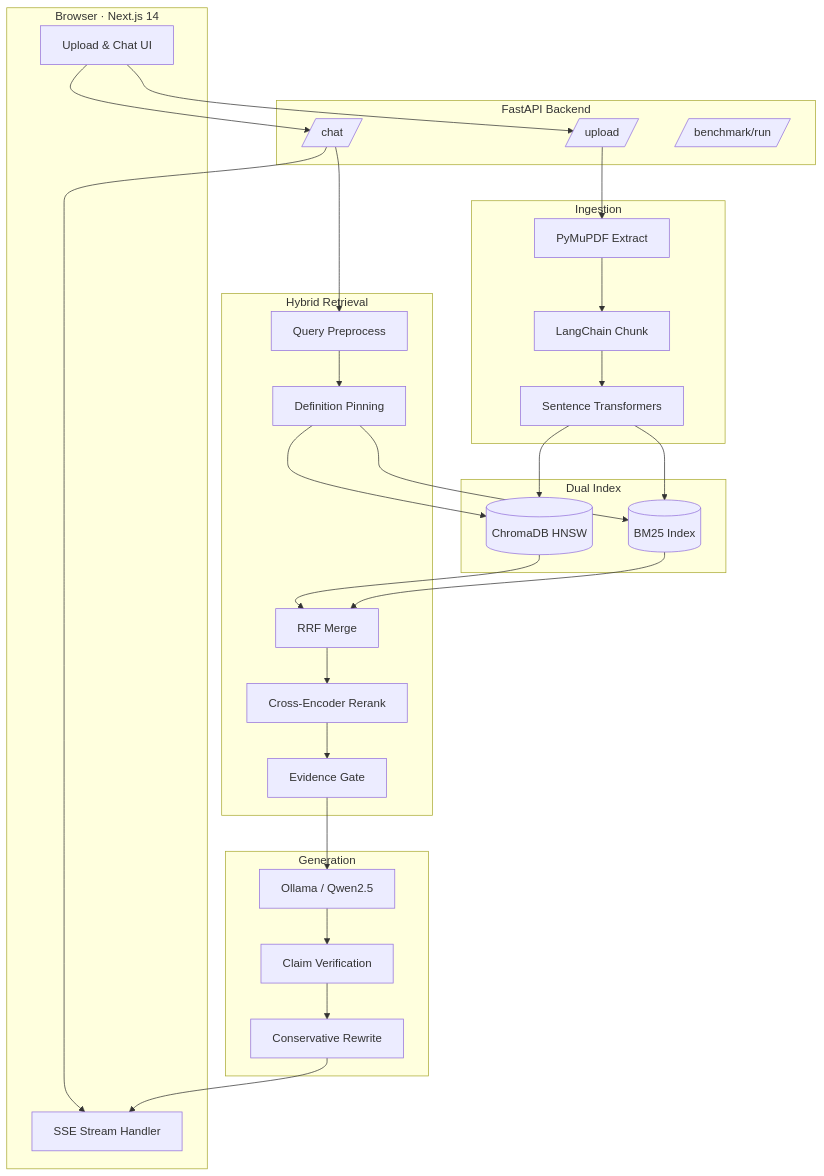
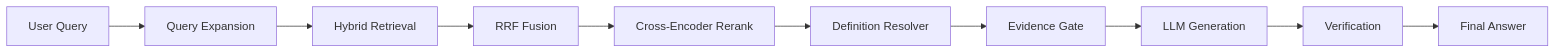
Before and after one commit to TensorTorch777/DocIntel: the diagram in README.md, drawn with Mermaid. The commit also changed other lines of this file and 37 other files, not shown here.

````diff
--- a/README.md
+++ b/README.md
@@ -158,54 +30,12 @@
 ```mermaid
-flowchart TB
-    subgraph Client["Browser · Next.js 14"]
-        UI[Upload & Chat UI]
-        SSE[SSE Stream Handler]
-    end
-
-    subgraph API["FastAPI Backend"]
-        UP[/upload/]
-        CH[/chat/]
-        BM[/benchmark/run/]
-    end
-
-    subgraph Ingest["Ingestion"]
-        PDF[PyMuPDF Extract]
-        CHK[LangChain Chunk]
-        EMB[Sentence Transformers]
-    end
-
-    subgraph Index["Dual Index"]
-        HNSW[(ChromaDB HNSW)]
-        BM25[(BM25 Index)]
-    end
-
-    subgraph Retrieve["Hybrid Retrieval"]
-        PRE[Query Preprocess]
-        DEF[Definition Pinning]
-        RRF[RRF Merge]
-        RNK[Cross-Encoder Rerank]
-        GATE[Evidence Gate]
-    end
-
-    subgraph Gen["Generation"]
-        LLM[Ollama / Qwen2.5]
-        VER[Claim Verification]
-        RW[Conservative Rewrite]
-    end
-
-    UI --> UP
-    UI --> CH
-    CH --> SSE
-
-    UP --> PDF --> CHK --> EMB
-    EMB --> HNSW
-    EMB --> BM25
-
-    CH --> PRE --> DEF
-    DEF --> HNSW
-    DEF --> BM25
-    HNSW --> RRF
-    BM25 --> RRF
-    RRF --> RNK --> GATE --> LLM --> VER --> RW
-    RW --> SSE
+flowchart LR
+    Q[User Query] --> QE[Query Expansion]
+    QE --> HR[Hybrid Retrieval]
+    HR --> RRF[RRF Fusion]
+    RRF --> RER[Cross-Encoder Rerank]
+    RER --> DR[Definition Resolver]
+    DR --> EG[Evidence Gate]
+    EG --> LLM[LLM Generation]
+    LLM --> VER[Verification]
+    VER --> ANS[Final Answer]
 ```
````
